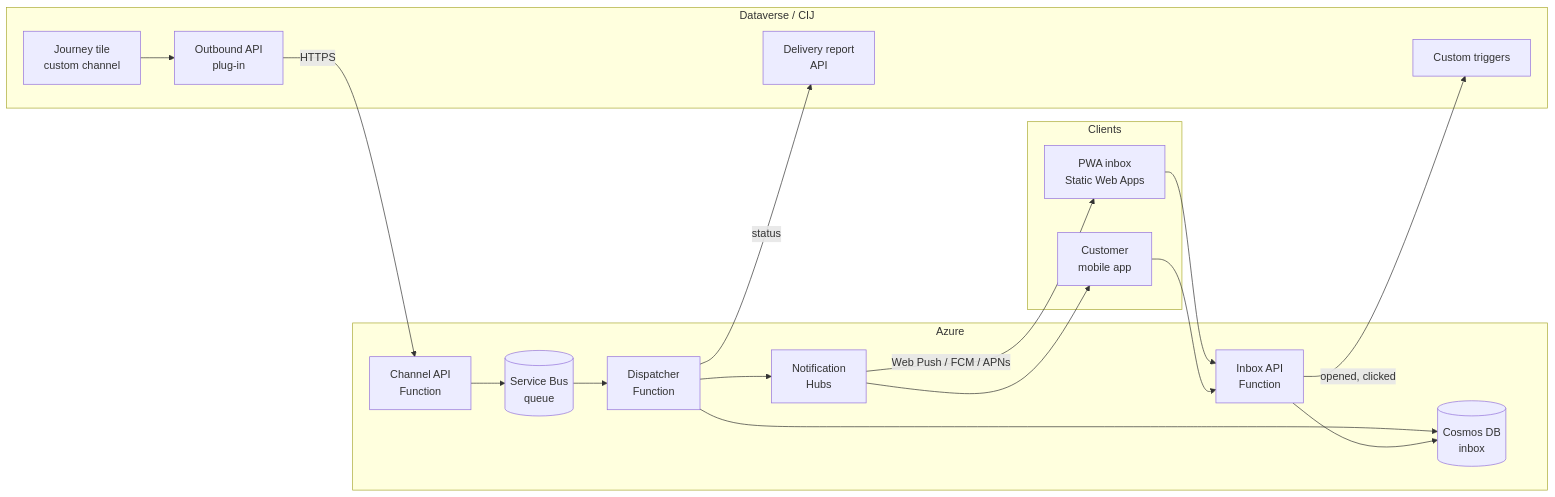
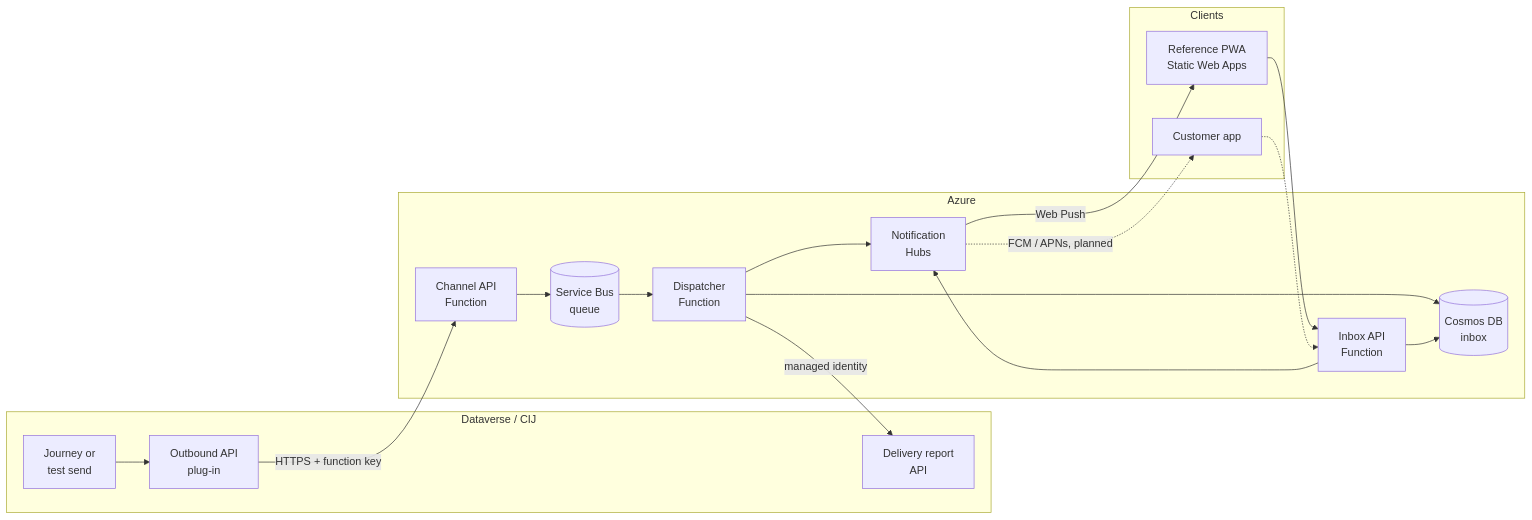
The first of 3 diagrams in docs/architecture.md (alexander-you/cij-push-inbox-custom-channel), drawn with Mermaid before and after one commit. The commit also changed other lines of this file and 50 other files, not shown here.

Commit message:
Azure backend, reference PWA, gallery image part, security (CISO), developer integration and production sizing docs

````diff
--- a/docs/architecture.md
+++ b/docs/architecture.md
@@ -5,31 +5,30 @@
 ```mermaid
 flowchart LR
   subgraph D365["Dataverse / CIJ"]
-    J[Journey tile<br/>custom channel]
+    J[Journey or<br/>test send]
     OP[Outbound API<br/>plug-in]
     DR[Delivery report<br/>API]
-    CT[Custom triggers]
   end
   subgraph AZ["Azure"]
     CA[Channel API<br/>Function]
     SB[(Service Bus<br/>queue)]
     DF[Dispatcher<br/>Function]
     DB[(Cosmos DB<br/>inbox)]
     NH[Notification<br/>Hubs]
     IA[Inbox API<br/>Function]
   end
   subgraph CL["Clients"]
-    PWA[PWA inbox<br/>Static Web Apps]
-    APP[Customer<br/>mobile app]
+    PWA[Reference PWA<br/>Static Web Apps]
+    APP[Customer app]
   end
-  J --> OP -->|HTTPS| CA --> SB --> DF
+  J --> OP -->|HTTPS + function key| CA --> SB --> DF
   DF --> DB
   DF --> NH
-  DF -->|status| DR
-  NH -->|Web Push / FCM / APNs| PWA
-  NH --> APP
+  DF -->|managed identity| DR
+  NH -->|Web Push| PWA
+  NH -.->|FCM / APNs, planned| APP
   PWA --> IA
-  APP --> IA
+  APP -.-> IA
   IA --> DB
-  IA -->|opened, clicked| CT
+  IA --> NH
 ```
````
